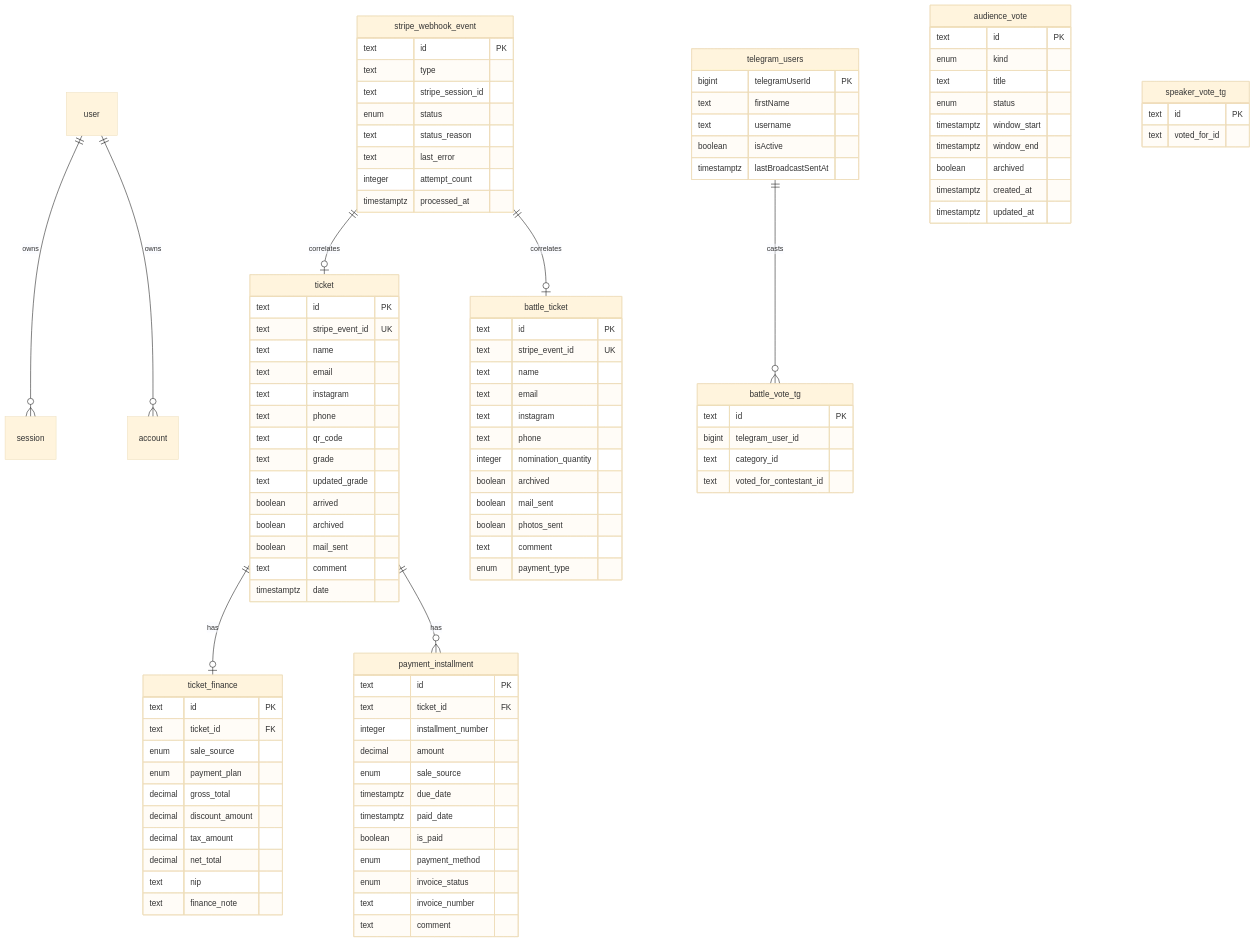
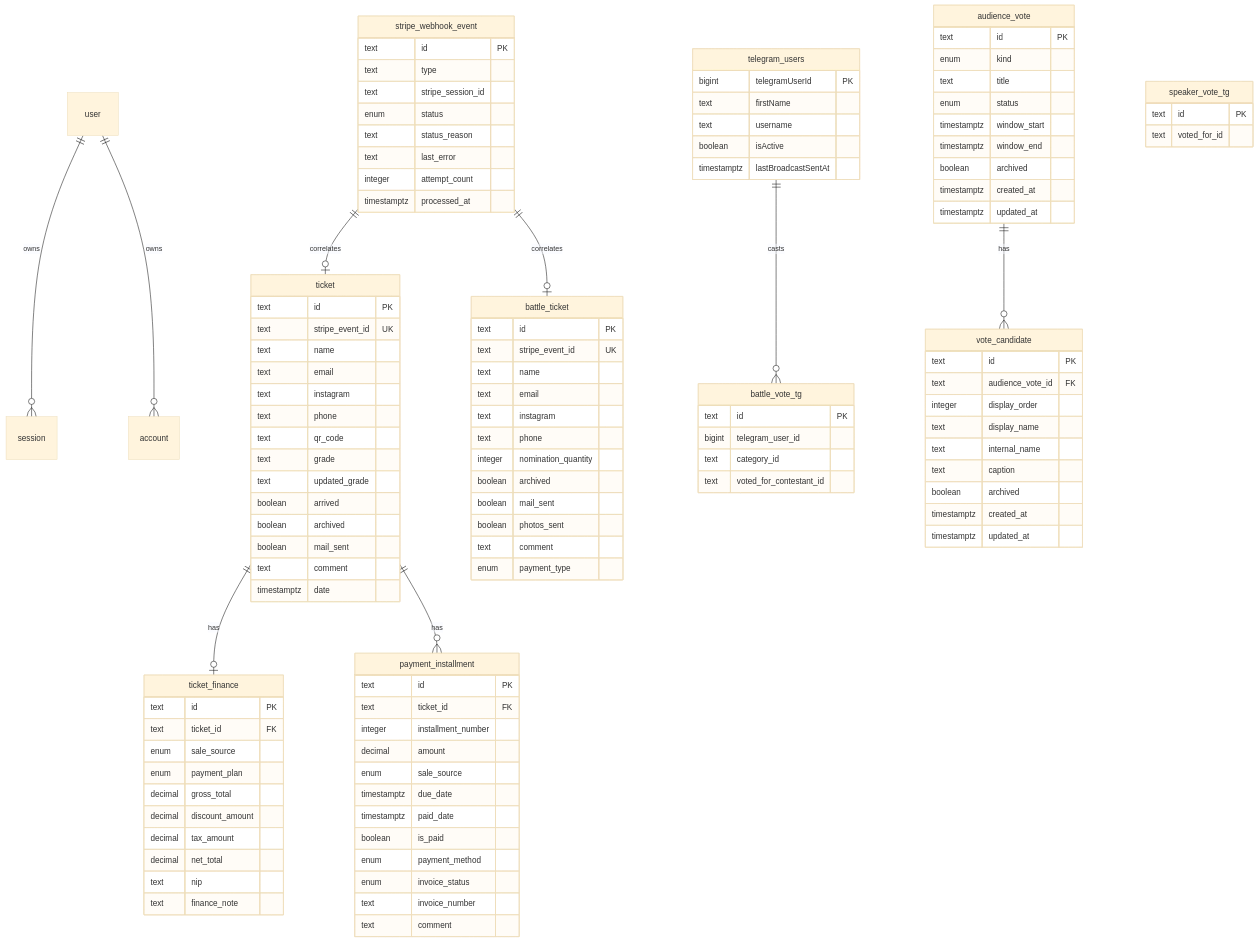
One commit to serhiihaniuk/nailmoment-dashboard changed the diagram in docs/data-model.md. Above: the diagram before and after it, drawn with Mermaid (base theme). The commit also changed other lines of this file and 23 other files, not shown here.

Commit message:
Implement audience vote candidates

```diff
--- a/docs/data-model.md
+++ b/docs/data-model.md
@@ -19,6 +19,7 @@
   stripe_webhook_event ||--o| battle_ticket : correlates
 
   telegram_users ||--o{ battle_vote_tg : casts
+  audience_vote ||--o{ vote_candidate : has
 
   ticket {
     text id PK
@@ -118,6 +119,18 @@
     timestamptz updated_at
   }
 
+  vote_candidate {
+    text id PK
+    text audience_vote_id FK
+    integer display_order
+    text display_name
+    text internal_name
+    text caption
+    boolean archived
+    timestamptz created_at
+    timestamptz updated_at
+  }
+
   speaker_vote_tg {
     text id PK
     text voted_for_id
```
